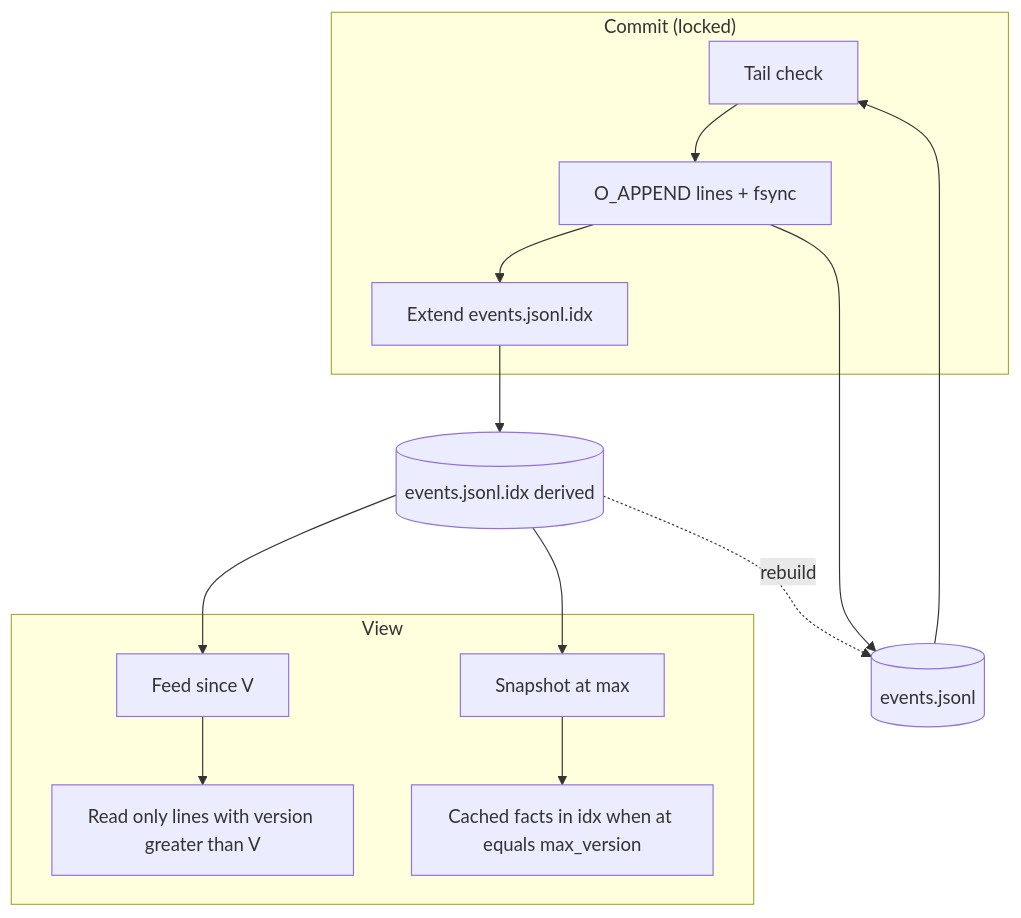
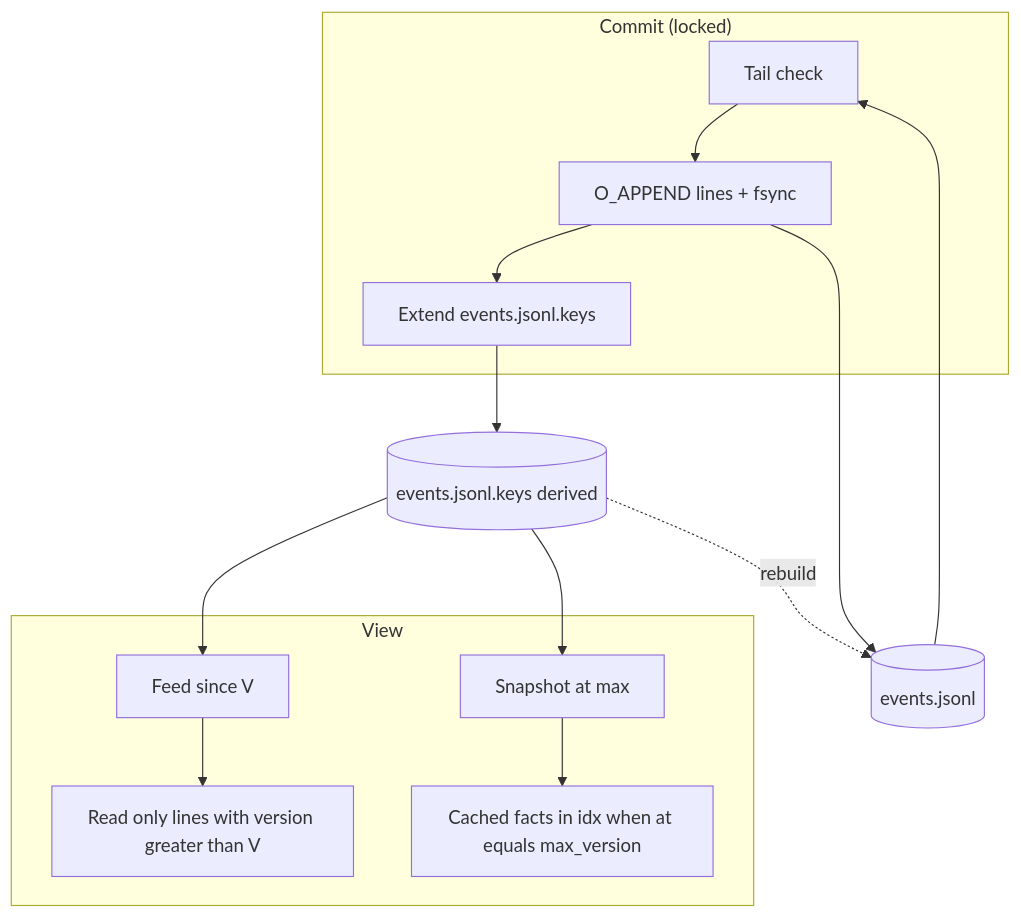
Before and after one commit to thecuriousts/ensembly: the diagram in docs/RECORD-LOG-SCALE.md, drawn with Mermaid. The commit also changed other lines of this file and 18 other files, not shown here.

````diff
--- a/docs/RECORD-LOG-SCALE.md
+++ b/docs/RECORD-LOG-SCALE.md
@@ -3,17 +3,17 @@
 ```mermaid
 flowchart TB
   subgraph write["Commit (locked)"]
     T[Tail check] --> A[O_APPEND lines + fsync]
-    A --> I[Extend events.jsonl.idx]
+    A --> I[Extend events.jsonl.keys]
   end
   subgraph read["View"]
     F[Feed since V] --> R[Read only lines with version greater than V]
     S[Snapshot at max] --> C[Cached facts in idx when at equals max_version]
   end
   Log[(events.jsonl)] --> T
   A --> Log
-  I --> Idx[(events.jsonl.idx derived)]
+  I --> Idx[(events.jsonl.keys derived)]
   Idx --> F
   Idx --> S
   Idx -.rebuild.-> Log
 ```
````
